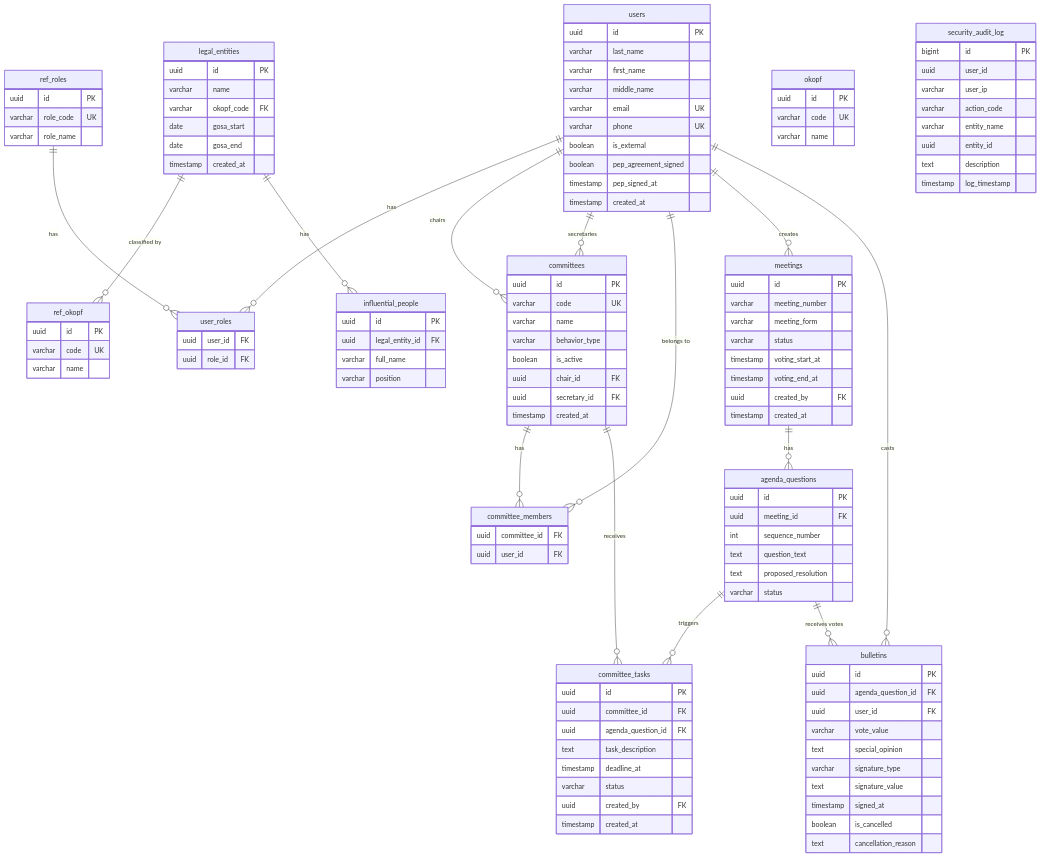
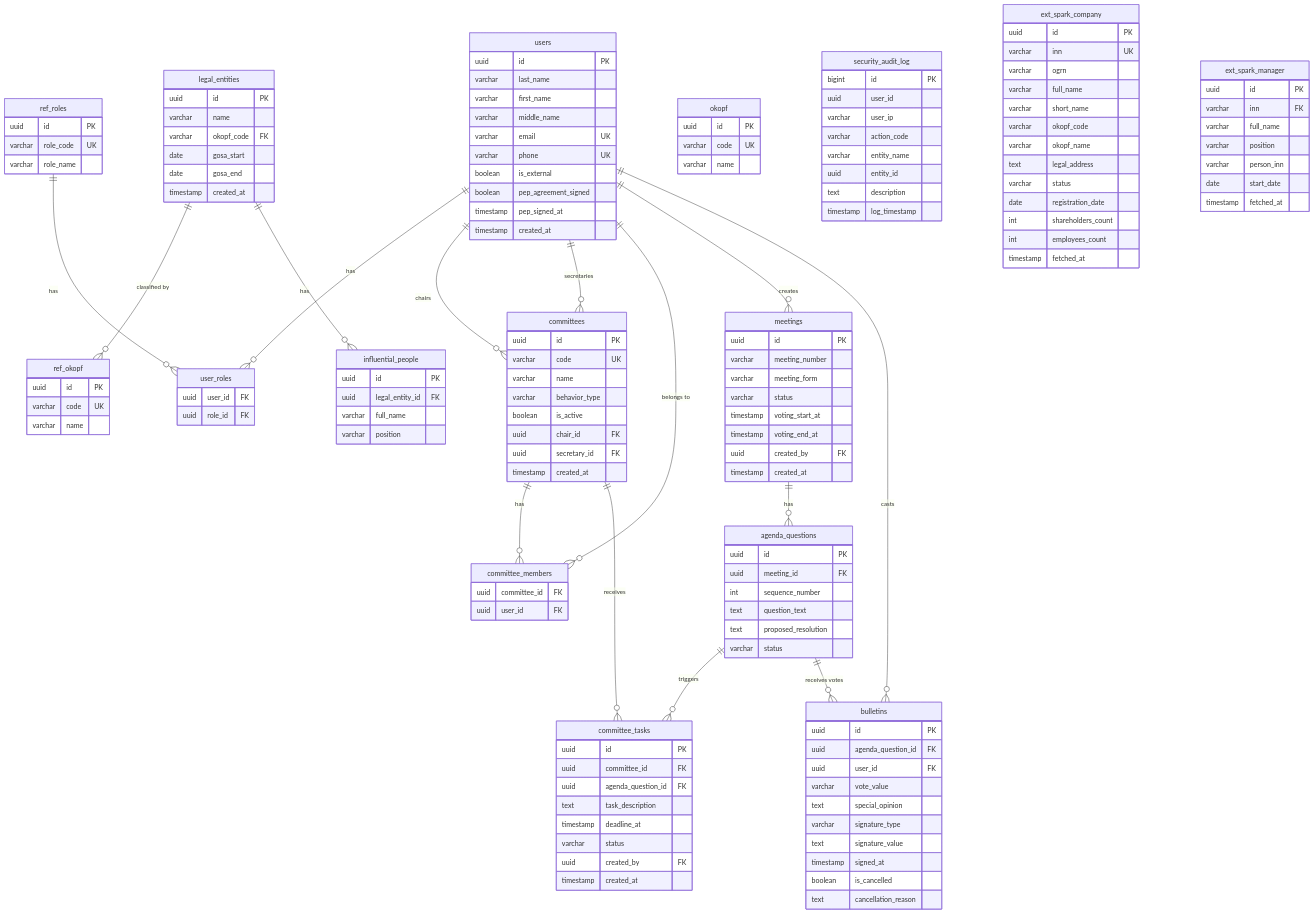
The diagram in docs/database.md (arsenyuk/SamorodinkaTech.Fiducia), drawn with Mermaid before and after one commit. The commit also changed other lines of this file and 20 other files, not shown here.

````diff
--- a/docs/database.md
+++ b/docs/database.md
@@ -149,4 +149,30 @@
     users ||--o{ bulletins : casts
     legal_entities ||--o{ ref_okopf : "classified by"
     legal_entities ||--o{ influential_people : has
+
+    ext_spark_company {
+        uuid id PK
+        varchar inn UK
+        varchar ogrn
+        varchar full_name
+        varchar short_name
+        varchar okopf_code
+        varchar okopf_name
+        text legal_address
+        varchar status
+        date registration_date
+        int shareholders_count
+        int employees_count
+        timestamp fetched_at
+    }
+
+    ext_spark_manager {
+        uuid id PK
+        varchar inn FK
+        varchar full_name
+        varchar position
+        varchar person_inn
+        date start_date
+        timestamp fetched_at
+    }
 ```
````
